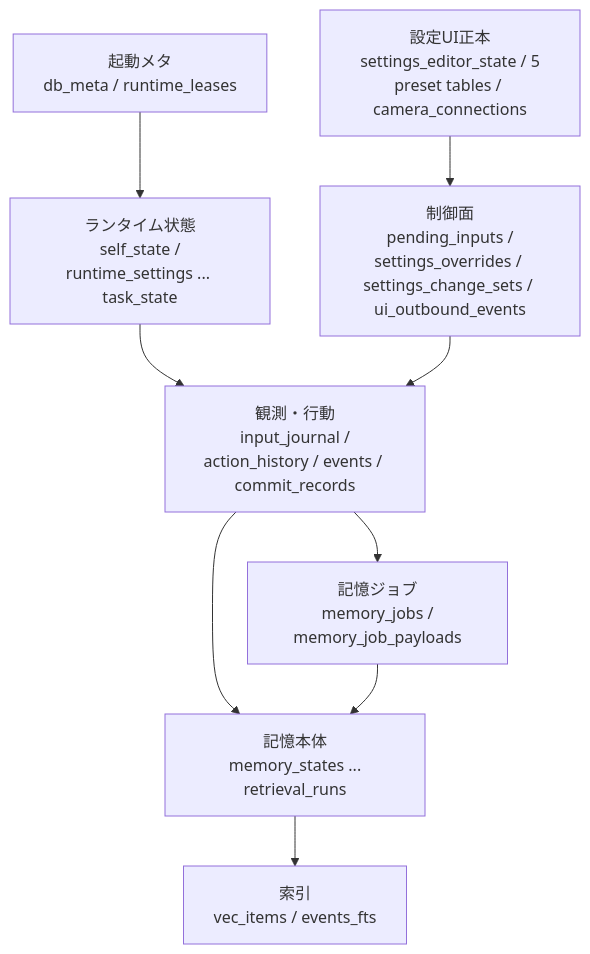
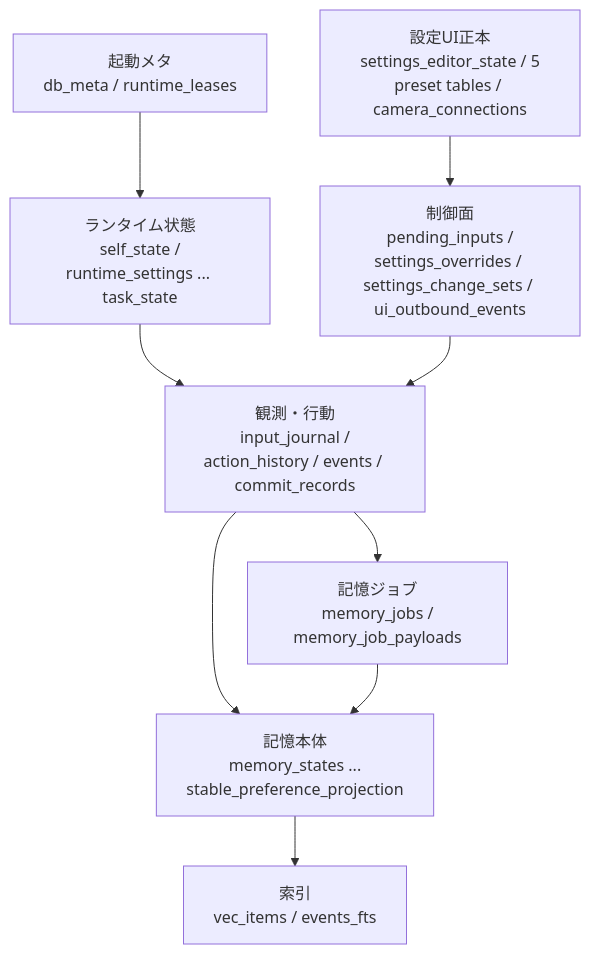
Before and after one commit to hirona98/OtomeKairo: the diagram in docs/34_SQLite論理スキーマ.md, drawn with Mermaid. The commit also changed other lines of this file and 17 other files, not shown here.

Commit message:
docs: trim over-specified memory and retrieval features

````diff
--- a/docs/34_SQLite論理スキーマ.md
+++ b/docs/34_SQLite論理スキーマ.md
@@ -50,20 +50,20 @@
 ```mermaid
 flowchart TD
     meta["起動メタ\n db_meta / runtime_leases"]
     runtime["ランタイム状態\n self_state / runtime_settings ... task_state"]
     editor["設定UI正本\n settings_editor_state / 5 preset tables / camera_connections"]
     control["制御面\n pending_inputs / settings_overrides / settings_change_sets / ui_outbound_events"]
     eventlog["観測・行動\n input_journal / action_history / events / commit_records"]
-    memory["記憶本体\n memory_states ... retrieval_runs"]
+    memory["記憶本体\n memory_states ... stable_preference_projection"]
     jobs["記憶ジョブ\n memory_jobs / memory_job_payloads"]
     index["索引\n vec_items / events_fts"]
 
     meta --> runtime
     editor --> control
     runtime --> eventlog
     control --> eventlog
     eventlog --> memory
     eventlog --> jobs
     jobs --> memory
     memory --> index
 ```
````
